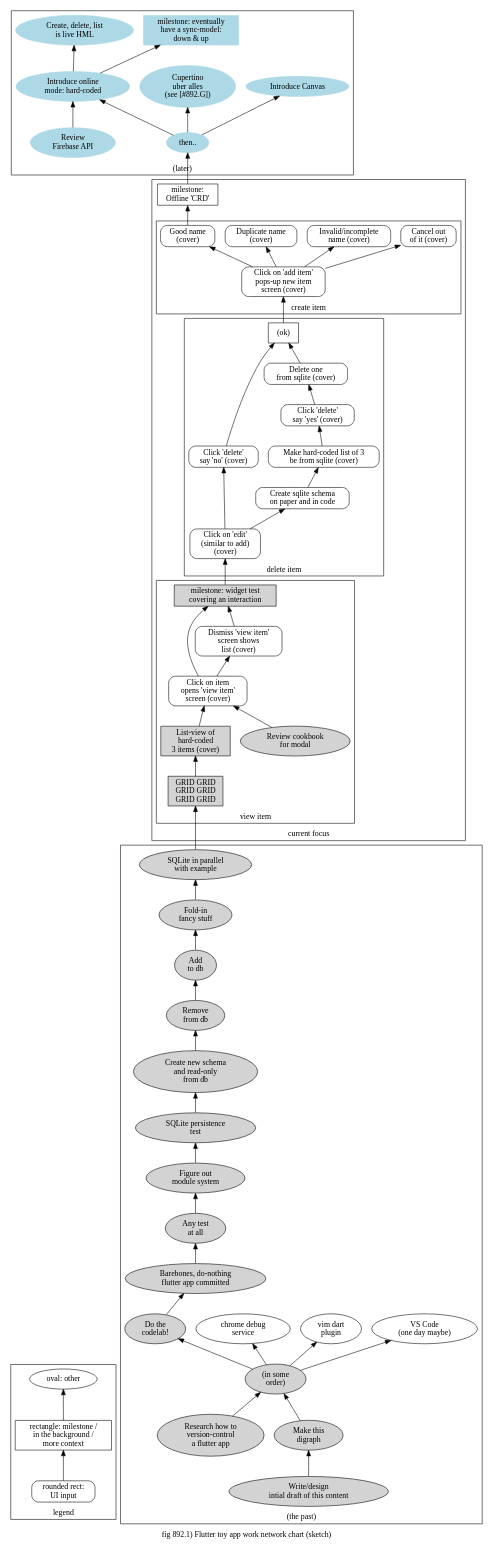
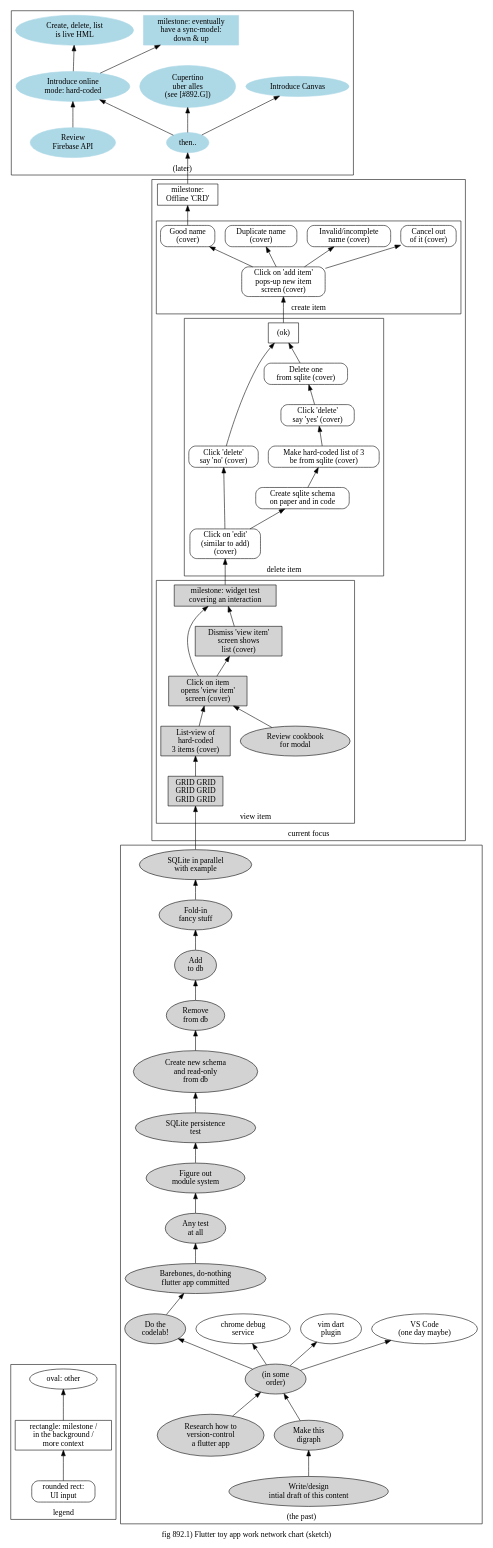
One commit to hipe/tmx changed the diagram in STM-doc/892.1.work-network-chart.dot. Above: the diagram before and after it, drawn with Graphviz. The commit also changed 8 other files, not shown here.

First line of the commit message:
feat(STM): Click on item opens view item screen (2, v)

```diff
--- a/STM-doc/892.1.work-network-chart.dot
+++ b/STM-doc/892.1.work-network-chart.dot
@@ -1,198 +1,198 @@
 digraph g {
 label="fig 892.1) Flutter toy app work network chart (sketch)"
 
 /*
 Note: at writing, this graph exists "in parallel" as a hand-written
 table in our notebook, roughly following a PERT-chart structure.
 
 (We switched from analog to digital for this one part of it because we
 did not want to attempt this visualization by hand!)
 
 The node identifiers are allocated "by hand" pseudo-randomly. As such, the
 identifiers (and especially their relative "size") are meaningless. (We *did*
 step over some allocations that could be confusing, like "QA" and "UX".)
 
 The order of the nodes in this file corresponds to the order we wrote
 the nodes in our notebook, which was from the bottom of the page upwards
 in the order in which we thought of them.
 */
 
 rankdir="BT"
 
 /* BEGIN putting cluster "declarations" and their labels at top
 so they don't keep moving with the content */
 
 subgraph cluster_C11 {
   label="legend"
 }
 subgraph cluster_C44 {
   label="(later)"
   node [style=filled color=lightblue]
 }
 subgraph cluster_C33 {
   label="current focus"
   node [shape=rect style=rounded]
 
   subgraph cluster_C33_333 {
     label="create item"
   }
   subgraph cluster_C33_222 {
     label="delete item"
   }
   subgraph cluster_C33_111 {
     label="view item"
   }
 }
 subgraph cluster_C22 {
   label="(the past)"
 }
 /* END */
 
 
 subgraph cluster_C11 {
 _X14 [label="oval: other"]
 _X13 [label="rectangle: milestone /\nin the background /\nmore context" shape=rect]
 _X12 [label="rounded rect:\nUI input" shape=rect style=rounded]
 _X12->_X13->_X14
 }
 
 subgraph cluster_C44 {
 _4A [label="Cupertino\nuber alles\n(see [#892.G])"]
 _X22->_4A
 }
 
 subgraph cluster_C33 {
 _HX [label="milestone:\nOffline 'CRD'" shape=rect style=""]
 _AA->_HX
 }
 
 subgraph cluster_C22 {
 _SN [label="Make this\ndigraph" style=filled]
 _4G->_SN
 }
 
 subgraph cluster_C44 {
 _TU [label="Introduce Canvas"]
 _X22->_TU
 _X22 [label="then.."]
 }
 
 _HX->_X22
 
 subgraph cluster_C22 {
 _4G [label="Write/design\nintial draft of this content" style=filled]
 }
 
 subgraph cluster_C44 {
 _8K [label="Create, delete, list\nis live HML"]
 _WG->_8K
 _QD [label="Review\nFirebase API"]
 _WG [label="Introduce online\nmode: hard-coded"]
 _X22->_WG
 _QD->_WG
 }
 
 subgraph cluster_C33 {
 subgraph cluster_C33_333 {
 _AA [label="Good name\n(cover)"]
 _6G->_AA
 _KG [label="Duplicate name\n(cover)"]
 _6G->_KG
 _7X [label="Invalid/incomplete\nname (cover)"]
 _6G->_7X
 _LA [label="Cancel out\nof it (cover)"]
 _6G->_LA
 _6G [label="Click on 'add item'\npops-up new item\nscreen (cover)"]
 }
 
 _X32->_6G
 
 subgraph cluster_C33_111 {
 _TA [label="Review cookbook\nfor modal" shape=oval style=filled]
 }
 
 subgraph cluster_C33_222 {
 _X32 [label="(ok)" style=""]
 _UK->_X32
 _LH->_X32
 _LH [label="Click 'delete'\nsay 'no' (cover)"]
 _X15->_LH
 _7A [label="Click 'delete'\nsay 'yes' (cover)"]
 _QU->_7A
 _X15 [label="Click on 'edit'\n(similar to add)\n(cover)"]
 }
 
 _GN->_X15
 
 subgraph cluster_C33_111 {
-_LU [label="Dismiss 'view item'\nscreen shows\nlist (cover)"]
+_LU [label="Dismiss 'view item'\nscreen shows\nlist (cover)" style=filled]
 _2N->_LU
-_2N [label="Click on item\nopens 'view item'\nscreen (cover)"]
+_2N [label="Click on item\nopens 'view item'\nscreen (cover)" style=filled]
 _YU->_2N
 _TA->_2N
 }
 
 subgraph cluster_C33_222 {
 _UK [label="Delete one\nfrom sqlite (cover)"]
 _7A->_UK
 _QU [label="Make hard-coded list of 3\nbe from sqlite (cover)"]
 _DR->_QU
 _DR [label="Create sqlite schema\non paper and in code"]
 _X15->_DR
 }
 
 subgraph cluster_C33_111 {
 _GN [label="milestone: widget test\ncovering an interaction" shape=rect style="filled"]
 _2N->_GN
 _LU->_GN
 _YU [label="List-view of\nhard-coded\n3 items (cover)" style=filled]
 _MR->_YU
 _MR [label="GRID GRID\nGRID GRID\nGRID GRID" style=filled]
 }
 }
 
 _PN->_MR
 
 subgraph cluster_C44 {
 _9B [label="milestone: eventually\nhave a sync-model:\ndown & up" shape=rect]
 _WG->_9B
 }
 
 subgraph cluster_C22 {
 _UG [label="Figure out\nmodule system" style=filled]
 _EK->_UG
 _EK [label="Any test\nat all" style=filled]
 _AX->_EK
 _PN [label="SQLite in parallel\nwith example" style=filled]
 _RN->_PN
 _RN [label="Fold-in\nfancy stuff" style=filled]
 _QR->_RN
 _QR [label="Add\nto db" style=filled]
 _VG->_QR
 _VG [label="Remove\nfrom db" style=filled]
 _JK->_VG
 _JK [label="Create new schema\nand read-only\nfrom db" style=filled]
 _KR->_JK
 _KR [label="SQLite persistence\ntest" style=filled]
 _UG->_KR
 _AX [label="Barebones, do-nothing\nflutter app committed" style=filled]
 _BR->_AX
 _BR [label="Do the\ncodelab!" style=filled]
 _SG [label="chrome debug\nservice"]
 _CX [label="vim dart\nplugin"]
 _3G [label="VS Code\n(one day maybe)"]
 _01 [label="(in some\norder)" style=filled]
 _01->_3G
 _01->_BR
 _01->_CX
 _01->_SG
 _QN->_01
 _SN->_01
 _QN [label="Research how to\nversion-control\na flutter app" style=filled]
 }
 }
 
 /*
 # #history-A.1: add many subgraphs
 # #born
 */
```
